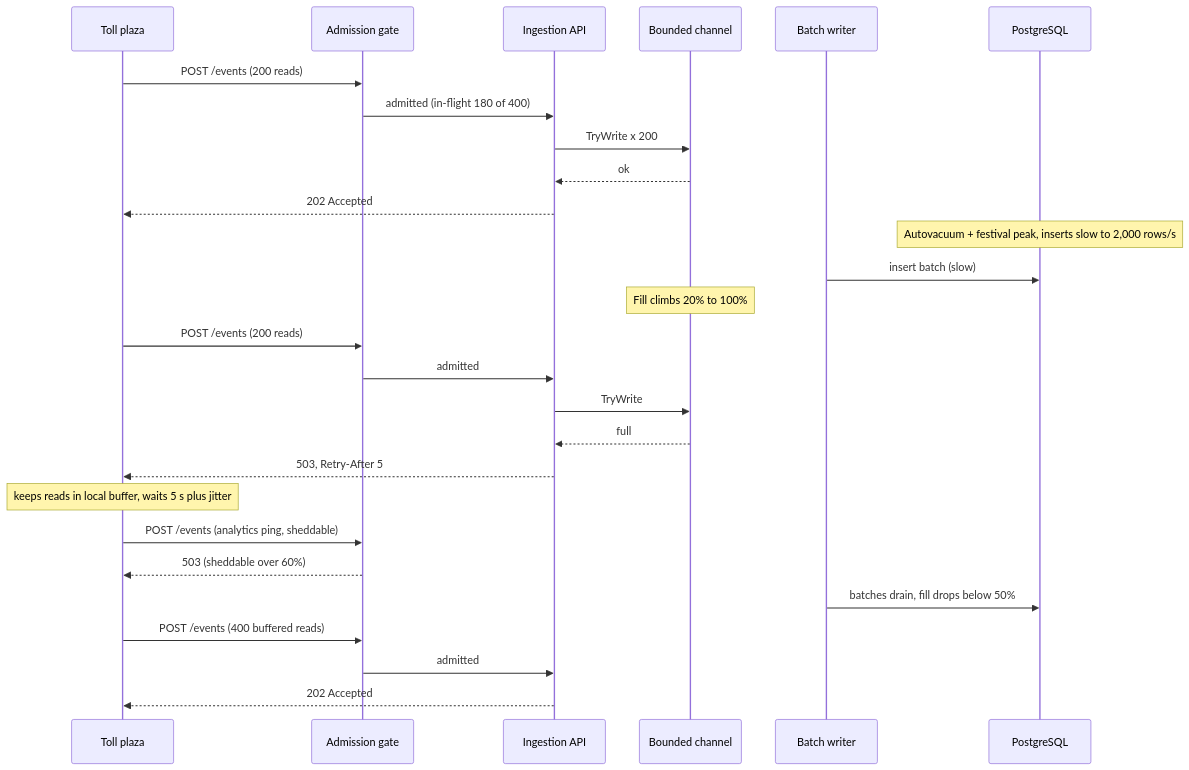
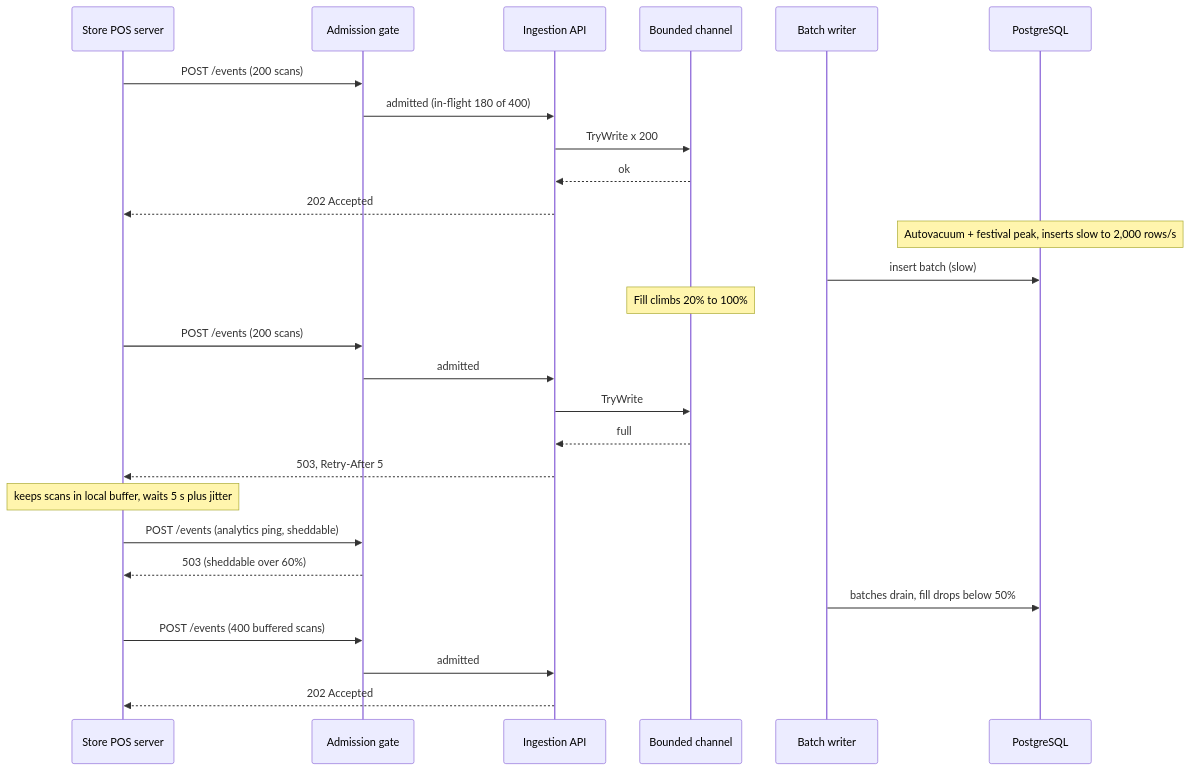
One commit to rizwi0786/system-design-lab changed the second of 2 diagrams in content/lessons/m13/m13-backpressure.md. Above: the diagram before and after it, drawn with Mermaid. The commit also changed other lines of this file and 334 other files, not shown here.

````diff
--- a/content/lessons/m13/m13-backpressure.md
+++ b/content/lessons/m13/m13-backpressure.md
@@ -195,29 +195,29 @@
 ```mermaid
 sequenceDiagram
-    participant PZ as Toll plaza
+    participant PZ as Store POS server
     participant G as Admission gate
     participant A as Ingestion API
     participant C as Bounded channel
     participant W as Batch writer
     participant DB as PostgreSQL
-    PZ->>G: POST /events (200 reads)
+    PZ->>G: POST /events (200 scans)
     G->>A: admitted (in-flight 180 of 400)
     A->>C: TryWrite x 200
     C-->>A: ok
     A-->>PZ: 202 Accepted
     Note over DB: Autovacuum + festival peak, inserts slow to 2,000 rows/s
     W->>DB: insert batch (slow)
     Note over C: Fill climbs 20% to 100%
-    PZ->>G: POST /events (200 reads)
+    PZ->>G: POST /events (200 scans)
     G->>A: admitted
     A->>C: TryWrite
     C-->>A: full
     A-->>PZ: 503, Retry-After 5
-    Note over PZ: keeps reads in local buffer, waits 5 s plus jitter
+    Note over PZ: keeps scans in local buffer, waits 5 s plus jitter
     PZ->>G: POST /events (analytics ping, sheddable)
     G-->>PZ: 503 (sheddable over 60%)
     W->>DB: batches drain, fill drops below 50%
-    PZ->>G: POST /events (400 buffered reads)
+    PZ->>G: POST /events (400 buffered scans)
     G->>A: admitted
     A-->>PZ: 202 Accepted
 ```
````
